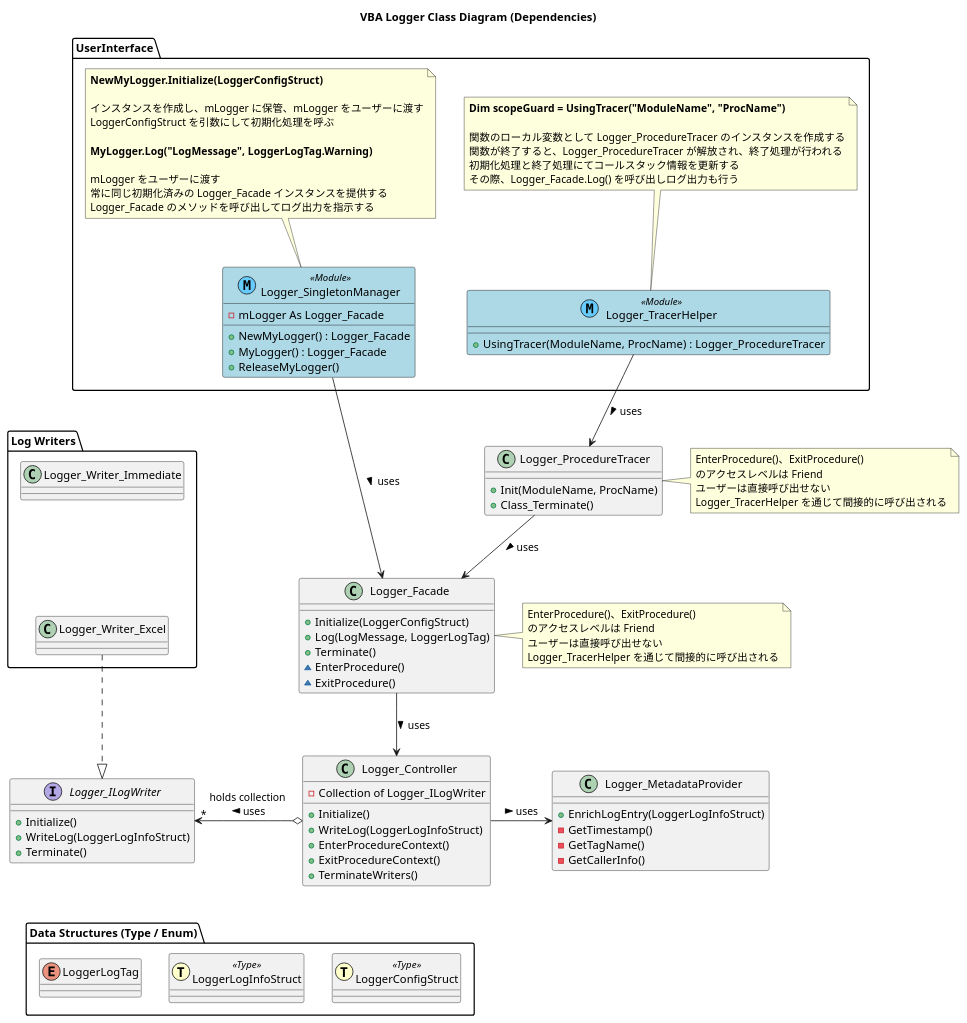
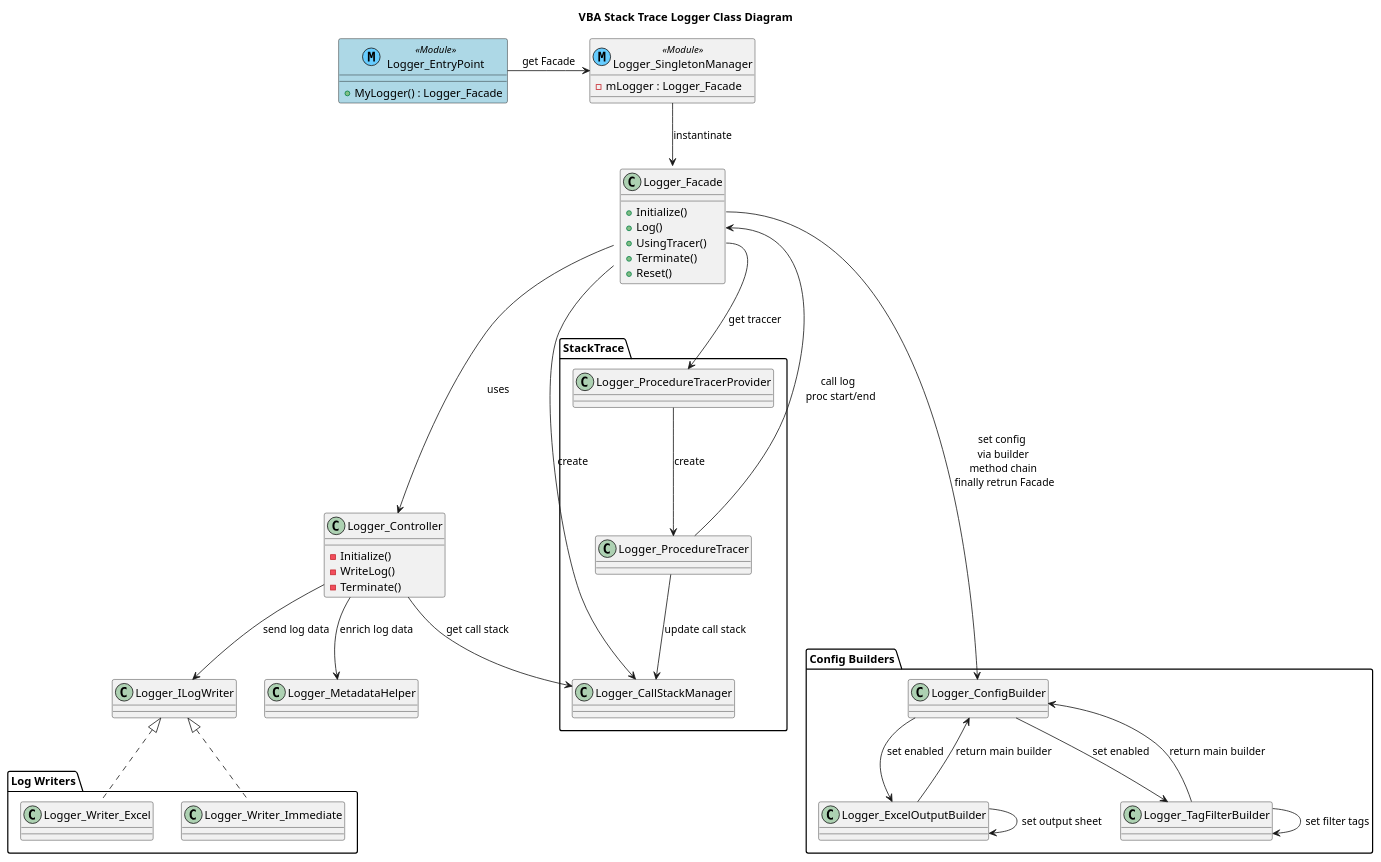
One commit to ryuryu333/vba_stack_trace_logger changed the diagram in docs/クラス図.puml. Above: the diagram before and after it, drawn with PlantUML. The commit also changed 1 other file, not shown here.

Commit message:
クラス図を更新

```diff
--- a/docs/クラス図.puml
+++ b/docs/クラス図.puml
@@ -1,116 +1,116 @@
-@startuml クラス図
-title VBA Logger Class Diagram (Dependencies)
+@startuml Class Diagram
+title VBA Stack Trace Logger Class Diagram
 
-package UserInterface {
-    class Logger_SingletonManager << (M,66CCFF) Module >> #LightBlue ##black {
-        - mLogger As Logger_Facade
-        + NewMyLogger() : Logger_Facade
-        + MyLogger() : Logger_Facade
-        + ReleaseMyLogger()
-    }
-    note top of Logger_SingletonManager
-        **NewMyLogger.Initialize(LoggerConfigStruct)**
-        
-        インスタンスを作成し、mLogger に保管、mLogger をユーザーに渡す
-        LoggerConfigStruct を引数にして初期化処理を呼ぶ
-
-        **MyLogger.Log("LogMessage", LoggerLogTag.Warning)**
-
-        mLogger をユーザーに渡す
-        常に同じ初期化済みの Logger_Facade インスタンスを提供する
-        Logger_Facade のメソッドを呼び出してログ出力を指示する
-    end note
-
-    class Logger_TracerHelper << (M,66CCFF) Module >> #LightBlue ##black {
-        + UsingTracer(ModuleName, ProcName) : Logger_ProcedureTracer
-    }
-    note top of Logger_TracerHelper
-        **Dim scopeGuard = UsingTracer("ModuleName", "ProcName")**
-        
-        関数のローカル変数として Logger_ProcedureTracer のインスタンスを作成する
-        関数が終了すると、Logger_ProcedureTracer が解放され、終了処理が行われる
-        初期化処理と終了処理にてコールスタック情報を更新する
-        その際、Logger_Facade.Log() を呼び出しログ出力も行う
-    end note
-
+' User use logger through Logger_EntryPoint.MyLogger
+' e.g. MyLogger.Log "Message"
+class Logger_EntryPoint << (M,66CCFF) Module >> #LightBlue ##black {
+    + MyLogger() : Logger_Facade
 }
 
-class Logger_Facade {
-    + Initialize(LoggerConfigStruct)
-    + Log(LogMessage, LoggerLogTag)
-    + Terminate()
-    ~ EnterProcedure()
-    ~ ExitProcedure()
-}
-note right of Logger_Facade
-    EnterProcedure()、ExitProcedure()
-    のアクセスレベルは Friend
-    ユーザーは直接呼び出せない
-    Logger_TracerHelper を通じて間接的に呼び出される
-end note
-
-
-class Logger_Controller {
-    - Collection of Logger_ILogWriter
-    + Initialize()
-    + WriteLog(LoggerLogInfoStruct)
-    + EnterProcedureContext()
-    + ExitProcedureContext()
-    + TerminateWriters()
+class Logger_SingletonManager << (M,66CCFF) Module >> {
+    - mLogger : Logger_Facade
 }
 
-interface Logger_ILogWriter {
+' Logger API
+class Logger_Facade {
     + Initialize()
-    + WriteLog(LoggerLogInfoStruct)
+    + Log()
+    + UsingTracer()
     + Terminate()
+    + Reset()
 }
 
-class Logger_MetadataProvider {
-    + EnrichLogEntry(LoggerLogInfoStruct)
-    - GetTimestamp()
-    - GetTagName()
-    - GetCallerInfo()
+Logger_EntryPoint -> Logger_SingletonManager : get Facade
+Logger_SingletonManager --> Logger_Facade : instantinate
+
+' Logger main logic
+' e.g. "Logger_Facade.log" call "Logger_Controller.WriteLog"
+class Logger_Controller {
+    - Initialize()
+    - WriteLog()
+    - Terminate()
 }
 
-class Logger_ProcedureTracer {
-    + Init(ModuleName, ProcName)
-    + Class_Terminate()
+Logger_Facade ---> Logger_Controller : uses
+
+' User initialize logger through Logger_Facade.Initialize
+' Setting values are defined through builders
+' e.g. MyLogger.Initialize.EnabledStckTrace.Build
+package "Config Builders" {
+    ' Main builder
+    class Logger_ConfigBuilder {
+    }
+    ' Sub builders
+    ' When user call "Logger_ConfigBuilder.EnableWriteToExcelSheet",
+    ' next chain is only "Logger_ExcelOutputBuilder.SetOutputExcelSheet"
+    class Logger_ExcelOutputBuilder {
+    }
+    class Logger_TagFilterBuilder {
+    }
 }
-note right of Logger_ProcedureTracer
-    EnterProcedure()、ExitProcedure()
-    のアクセスレベルは Friend
-    ユーザーは直接呼び出せない
-    Logger_TracerHelper を通じて間接的に呼び出される
-end note
 
+Logger_Facade::Initialize ----> Logger_ConfigBuilder : set config \n via builder \n method chain \n finally retrun Facade
+
+Logger_ConfigBuilder --> Logger_ExcelOutputBuilder : set enabled
+Logger_ExcelOutputBuilder --> Logger_ExcelOutputBuilder : set output sheet
+Logger_ExcelOutputBuilder --> Logger_ConfigBuilder : return main builder
+
+Logger_ConfigBuilder --> Logger_TagFilterBuilder : set enabled
+Logger_TagFilterBuilder --> Logger_TagFilterBuilder : set filter tags
+Logger_TagFilterBuilder --> Logger_ConfigBuilder : return main builder
+
+' Enrich log data with metadata
+class Logger_MetadataHelper {
+}
+
+Logger_Controller --> Logger_MetadataHelper : enrich log data
+
+' Strategy pattern
+class Logger_ILogWriter {
+}
 package "Log Writers" {
     class Logger_Writer_Excel {
     }
-
     class Logger_Writer_Immediate {
     }
 }
 
-package "Data Structures (Type / Enum)" {
-    struct LoggerConfigStruct << (T,FFFFCC) Type >>
-    struct LoggerLogInfoStruct << (T,FFFFCC) Type >>
-    enum LoggerLogTag
+Logger_Controller --> Logger_ILogWriter : send log data
+Logger_ILogWriter <|.. Logger_Writer_Excel
+Logger_ILogWriter <|.. Logger_Writer_Immediate
+
+package "StackTrace" {
+    ' Manages call stack information
+    class Logger_CallStackManager {
+    }
+    ' Trace procedure start/end, and call methods
+    ' Like RAII, catch start via constructor, end via destructor
+    ' User instance this class in procedure first scope
+    ' e.g. Dim scopeGuard = MyLogger.UsingTracer("ModuleName", "ProcedureName")
+    class Logger_ProcedureTracer {
+    }
+    ' Provides procedure tracer instance
+    class Logger_ProcedureTracerProvider {
+    }
+
+    Logger_Facade --> Logger_CallStackManager : create
+    Logger_Facade::UsingTracer ----> Logger_ProcedureTracerProvider : get traccer
+    Logger_ProcedureTracerProvider --> Logger_ProcedureTracer : create
+    Logger_ProcedureTracer --> Logger_CallStackManager : update call stack
+    Logger_ProcedureTracer --> Logger_Facade::Log : call log \n proc start/end
+    Logger_Controller --> Logger_CallStackManager : get call stack
 }
 
-' --- Relationships ---
-' Core Component Dependencies
-Logger_SingletonManager --> Logger_Facade : uses >
-Logger_Facade --> Logger_Controller : uses >
-Logger_Controller -right-> Logger_MetadataProvider : uses >
-
-Logger_Controller o-left-> "*" Logger_ILogWriter : holds collection \n uses <
-Logger_ILogWriter <|.up. Logger_Writer_Excel
-
-' Call Stack Tracing Dependencies
-Logger_ProcedureTracer --> Logger_Facade : uses >
-Logger_TracerHelper --> Logger_ProcedureTracer : uses >
-
-Logger_Controller -[hidden]-> LoggerConfigStruct
-Logger_Writer_Immediate -[hidden]-> Logger_Writer_Excel
+remove @unlinked
+'===  hidden classes ===
+class Logger_LogInfoStruct {
+}
+class Logger_ConfigStruct {
+}
+class Logger_DataStruct << (M,66CCFF) Module >> #LightBlue ##black{
+    + LoggerLogTag : Enum
+}
+class Logger_Constants {
+}
 
 @enduml
```
